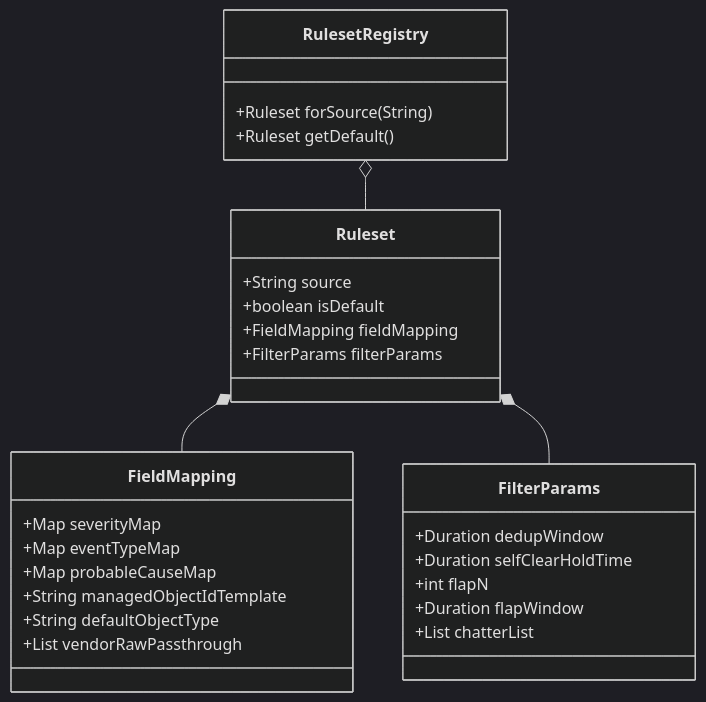
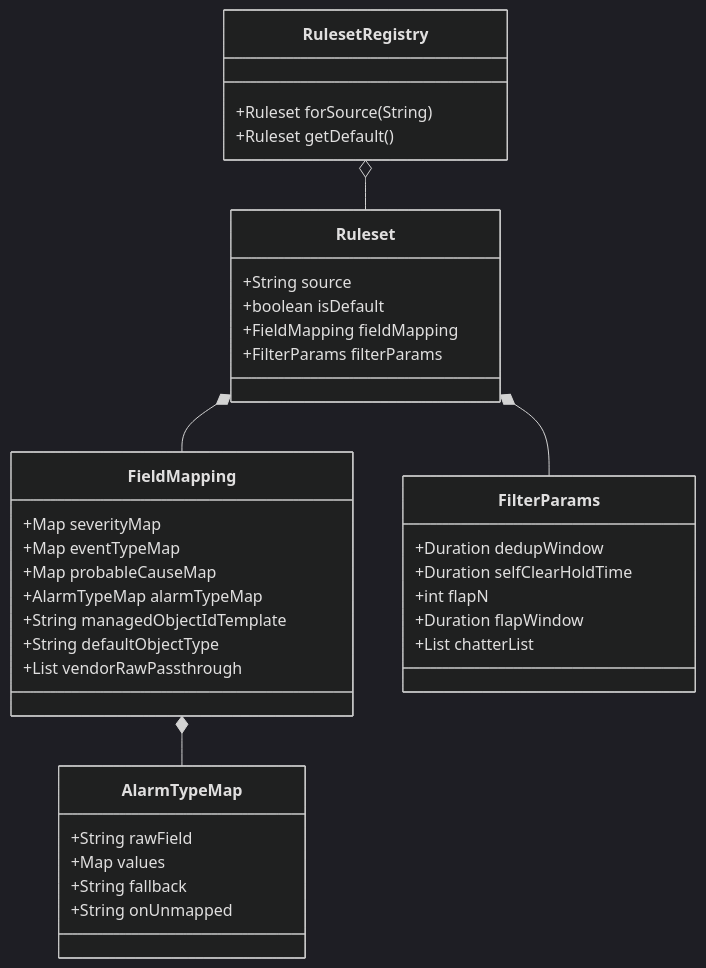
The second of 6 diagrams in services/enrichment/design.md (nikhilmohan/correlation-platform), drawn with Mermaid (dark theme) before and after one commit. The commit also changed other lines of this file and 1 other file, not shown here.

First line of the commit message:
design(enrichment): populate canonical alarmType + frozen trail-builder by-object client

````diff
--- a/services/enrichment/design.md
+++ b/services/enrichment/design.md
@@ -149,31 +176,39 @@
 ```mermaid
 classDiagram
   class Ruleset {
     +String source
     +boolean isDefault
     +FieldMapping fieldMapping
     +FilterParams filterParams
   }
   class FieldMapping {
     +Map severityMap
     +Map eventTypeMap
     +Map probableCauseMap
+    +AlarmTypeMap alarmTypeMap
     +String managedObjectIdTemplate
     +String defaultObjectType
     +List vendorRawPassthrough
+  }
+  class AlarmTypeMap {
+    +String rawField
+    +Map values
+    +String fallback
+    +String onUnmapped
   }
   class FilterParams {
     +Duration dedupWindow
     +Duration selfClearHoldTime
     +int flapN
     +Duration flapWindow
     +List chatterList
   }
   class RulesetRegistry {
     +Ruleset forSource(String)
     +Ruleset getDefault()
   }
   RulesetRegistry o-- Ruleset
   Ruleset *-- FieldMapping
   Ruleset *-- FilterParams
+  FieldMapping *-- AlarmTypeMap
 ```
````
